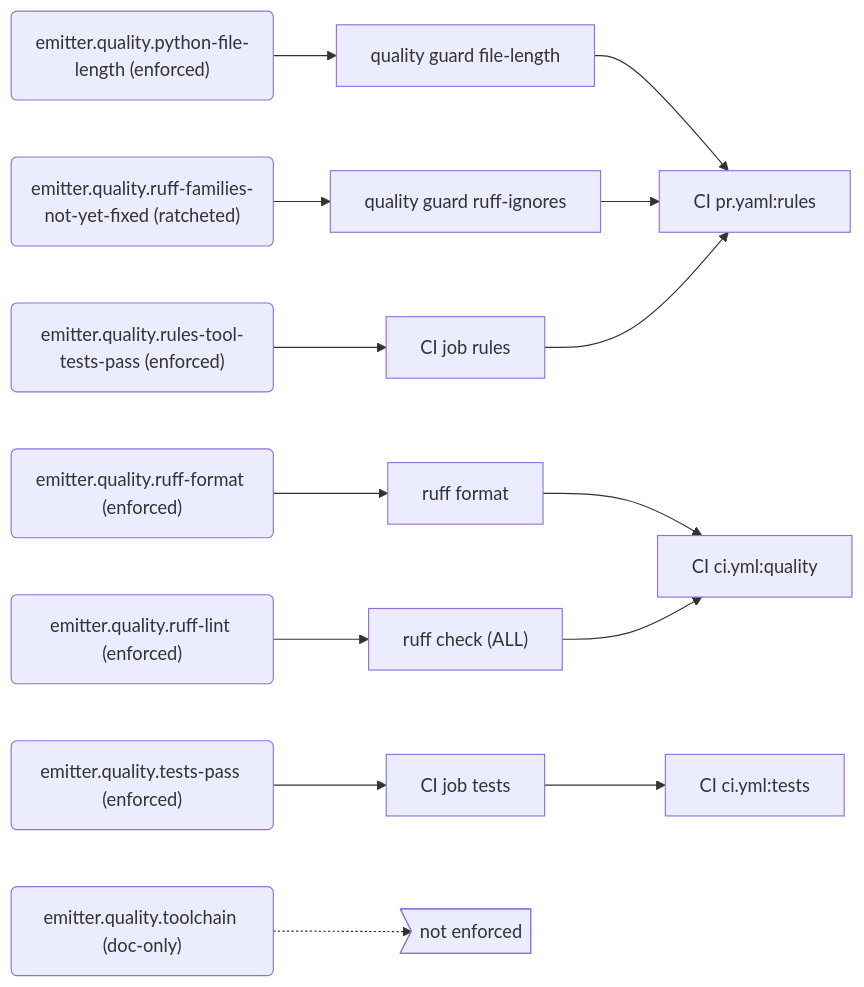
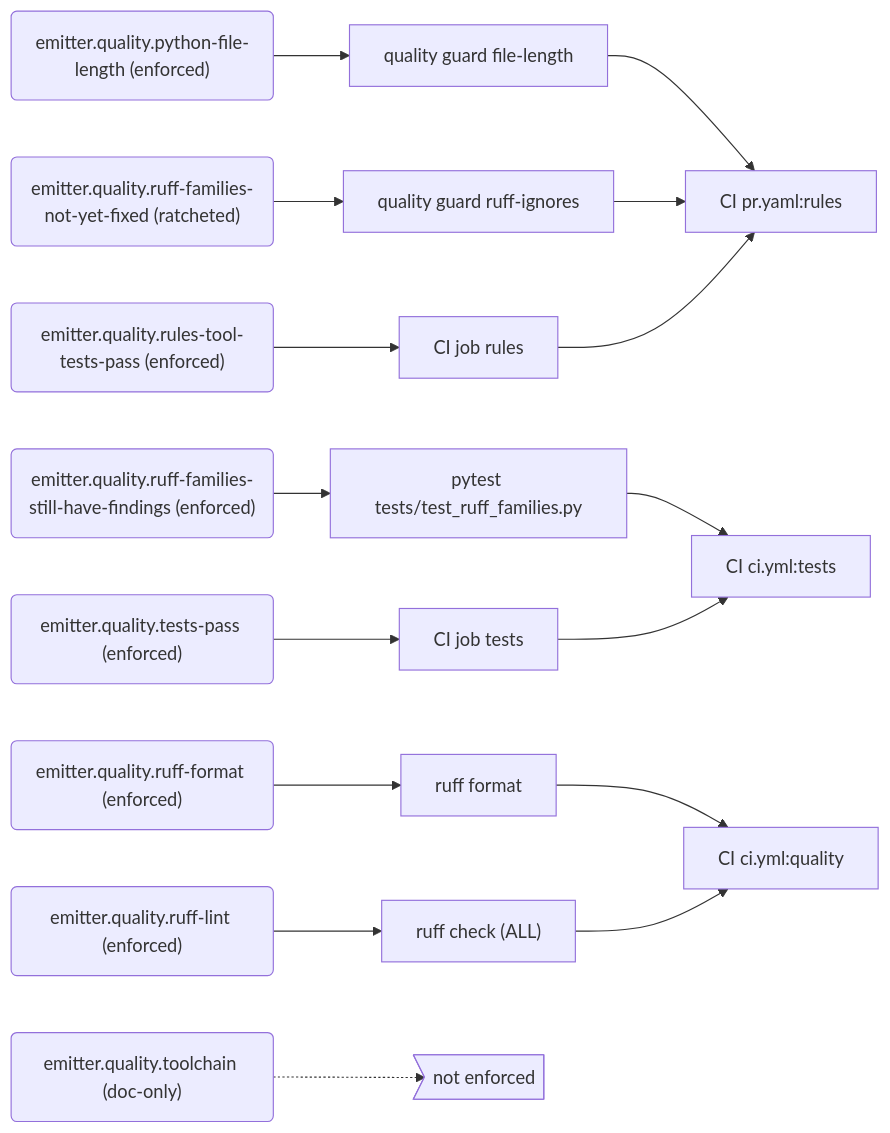
The sixth of 9 diagrams in docs/generated/rules.md (PolicyEngine/local-services), drawn with Mermaid before and after one commit. The commit also changed other lines of this file and 5 other files, not shown here.

First line of the commit message:
Fail when a ratcheted Ruff family has no findings left

````diff
--- a/docs/generated/rules.md
+++ b/docs/generated/rules.md
@@ -243,33 +245,37 @@
 ```mermaid
 flowchart LR
   r_emitter_quality_python_file_length("emitter.quality.python-file-length (enforced)")
   e_quality_guard_file_length["quality guard file-length"]
   j_CI_pr_yaml_rules["CI pr.yaml:rules"]
   r_emitter_quality_ruff_families_not_yet_fixed("emitter.quality.ruff-families-not-yet-fixed (ratcheted)")
   e_quality_guard_ruff_ignores["quality guard ruff-ignores"]
+  r_emitter_quality_ruff_families_still_have_findings("emitter.quality.ruff-families-still-have-findings (enforced)")
+  e_pytest_tests_test_ruff_families_py["pytest tests/test_ruff_families.py"]
+  j_CI_ci_yml_tests["CI ci.yml:tests"]
   r_emitter_quality_ruff_format("emitter.quality.ruff-format (enforced)")
   e_ruff_format["ruff format"]
   j_CI_ci_yml_quality["CI ci.yml:quality"]
   r_emitter_quality_ruff_lint("emitter.quality.ruff-lint (enforced)")
   e_ruff_check__ALL_["ruff check (ALL)"]
   r_emitter_quality_rules_tool_tests_pass("emitter.quality.rules-tool-tests-pass (enforced)")
   e_CI_job_rules["CI job rules"]
   r_emitter_quality_tests_pass("emitter.quality.tests-pass (enforced)")
   e_CI_job_tests["CI job tests"]
-  j_CI_ci_yml_tests["CI ci.yml:tests"]
   r_emitter_quality_toolchain("emitter.quality.toolchain (doc-only)")
   gap_unenforced>"not enforced"]
   r_emitter_quality_python_file_length --> e_quality_guard_file_length
   e_quality_guard_file_length --> j_CI_pr_yaml_rules
   r_emitter_quality_ruff_families_not_yet_fixed --> e_quality_guard_ruff_ignores
   e_quality_guard_ruff_ignores --> j_CI_pr_yaml_rules
+  r_emitter_quality_ruff_families_still_have_findings --> e_pytest_tests_test_ruff_families_py
+  e_pytest_tests_test_ruff_families_py --> j_CI_ci_yml_tests
   r_emitter_quality_ruff_format --> e_ruff_format
   e_ruff_format --> j_CI_ci_yml_quality
   r_emitter_quality_ruff_lint --> e_ruff_check__ALL_
   e_ruff_check__ALL_ --> j_CI_ci_yml_quality
   r_emitter_quality_rules_tool_tests_pass --> e_CI_job_rules
   e_CI_job_rules --> j_CI_pr_yaml_rules
   r_emitter_quality_tests_pass --> e_CI_job_tests
   e_CI_job_tests --> j_CI_ci_yml_tests
   r_emitter_quality_toolchain -.-> gap_unenforced
 ```
````
